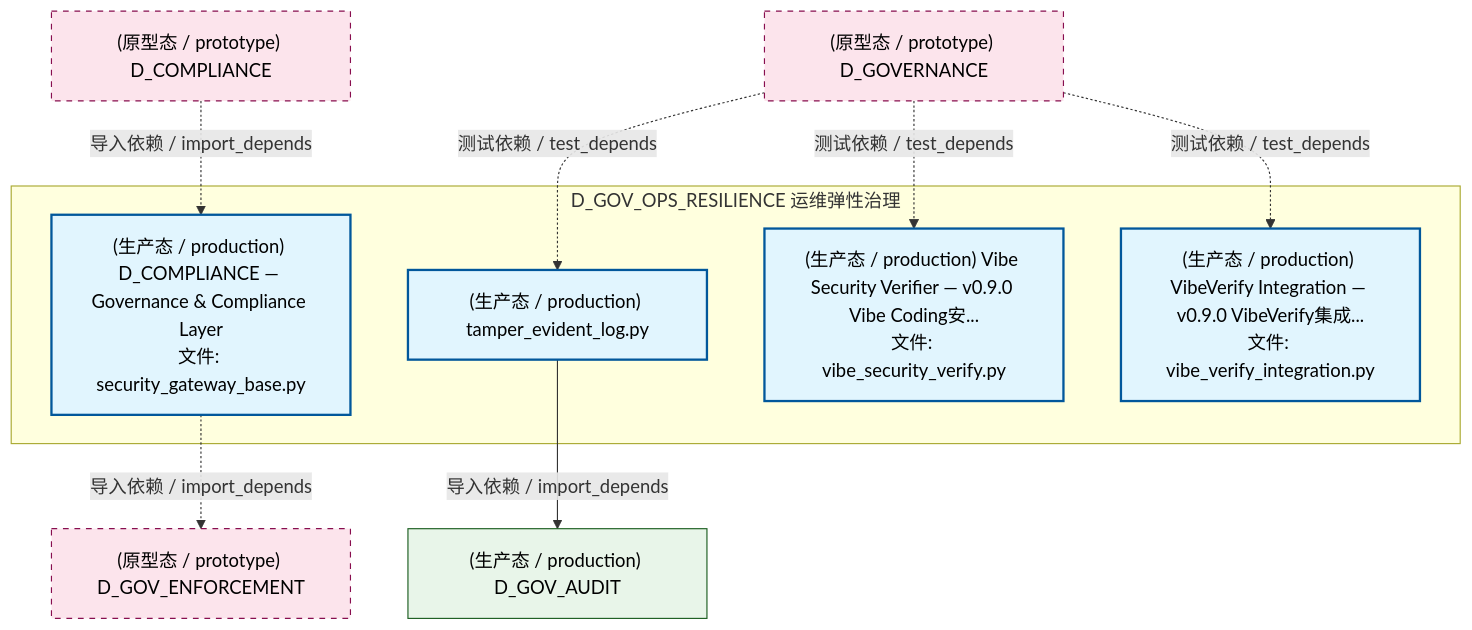
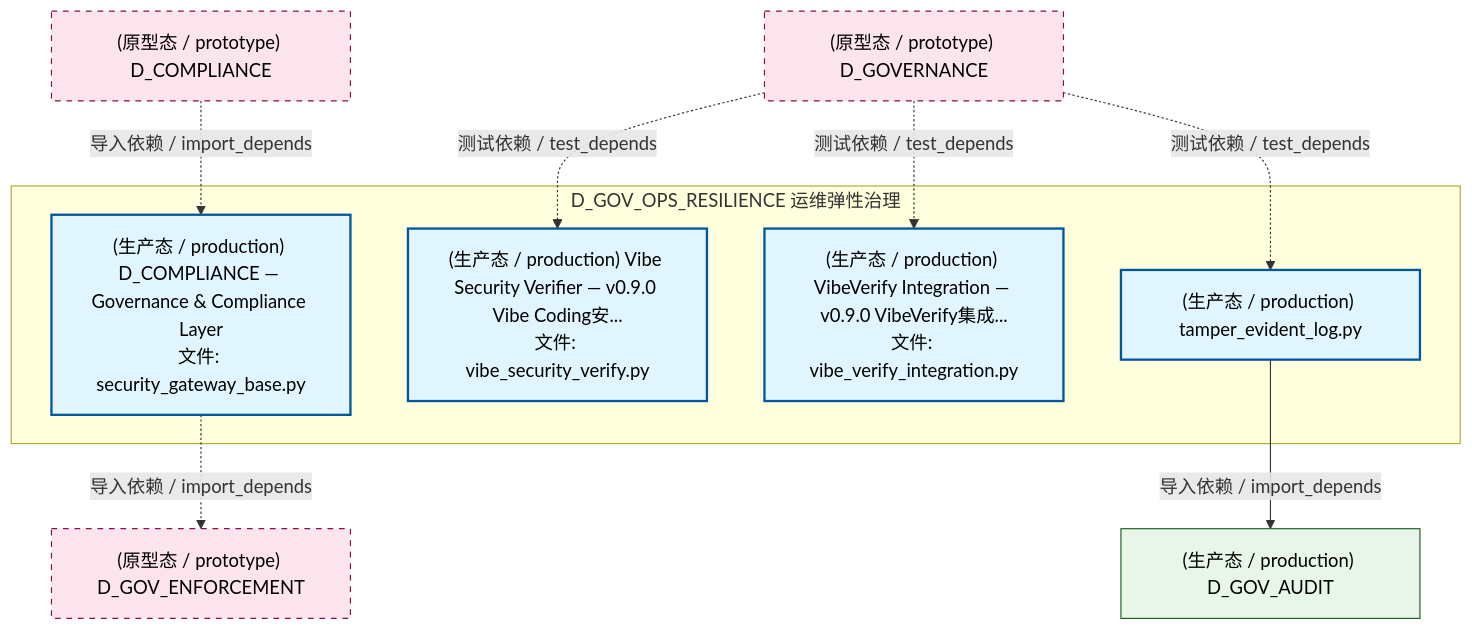
Before and after one commit to xuanFelixVan/ZephyrAlpha: the fourth of 7 diagrams in docs/02_enterprise_architecture/02_domain_architecture_docs/17_d_gov_ops_resilience.md, drawn with Mermaid. The commit also changed other lines of this file and 125 other files, not shown here.

````diff
--- a/docs/02_enterprise_architecture/02_domain_architecture_docs/17_d_gov_ops_resilience.md
+++ b/docs/02_enterprise_architecture/02_domain_architecture_docs/17_d_gov_ops_resilience.md
@@ -433,26 +434,26 @@
 ```mermaid
 graph TD
     subgraph D_GOV_OPS_RESILIENCE["D_GOV_OPS_RESILIENCE 运维弹性治理"]
         src_zephyr_governance_security_governance_security_gateway_base_py["(生产态 / production) D_COMPLIANCE — Governance & Compliance Layer<br/>文件: security_gateway_base.py"]
         src_zephyr_governance_security_governance_tamper_evident_log_py["(生产态 / production) tamper_evident_log.py"]
         src_zephyr_governance_security_governance_vibe_security_verify_py["(生产态 / production) Vibe Security Verifier — v0.9.0 Vibe Coding安...<br/>文件: vibe_security_verify.py"]
         src_zephyr_governance_security_governance_vibe_verify_integration_py["(生产态 / production) VibeVerify Integration — v0.9.0 VibeVerify集成...<br/>文件: vibe_verify_integration.py"]
     end
+    D_GOV_AUDIT["(生产态 / production) D_GOV_AUDIT"]
+    src_zephyr_governance_security_governance_tamper_evident_log_py -->|导入依赖 / import_depends| D_GOV_AUDIT
     D_GOV_ENFORCEMENT["(原型态 / prototype) D_GOV_ENFORCEMENT"]
     src_zephyr_governance_security_governance_security_gateway_base_py -.->|导入依赖 / import_depends| D_GOV_ENFORCEMENT
-    D_GOV_AUDIT["(生产态 / production) D_GOV_AUDIT"]
-    src_zephyr_governance_security_governance_tamper_evident_log_py -->|导入依赖 / import_depends| D_GOV_AUDIT
     D_GOVERNANCE["(原型态 / prototype) D_GOVERNANCE"]
-    D_GOVERNANCE -.->|测试依赖 / test_depends| src_zephyr_governance_security_governance_tamper_evident_log_py
     D_GOVERNANCE -.->|测试依赖 / test_depends| src_zephyr_governance_security_governance_vibe_security_verify_py
     D_GOVERNANCE -.->|测试依赖 / test_depends| src_zephyr_governance_security_governance_vibe_verify_integration_py
+    D_GOVERNANCE -.->|测试依赖 / test_depends| src_zephyr_governance_security_governance_tamper_evident_log_py
     D_COMPLIANCE["(原型态 / prototype) D_COMPLIANCE"]
     D_COMPLIANCE -.->|导入依赖 / import_depends| src_zephyr_governance_security_governance_security_gateway_base_py
     classDef production fill:#e1f5fe,stroke:#01579b,stroke-width:2px,color:#000
     classDef design fill:#fff3e0,stroke:#e65100,stroke-width:2px,color:#000,stroke-dasharray: 5 5
     classDef external_prod fill:#e8f5e9,stroke:#1b5e20,stroke-width:1px,color:#000
     classDef external_design fill:#fce4ec,stroke:#880e4f,stroke-width:1px,color:#000,stroke-dasharray: 5 5
     class src_zephyr_governance_security_governance_security_gateway_base_py,src_zephyr_governance_security_governance_tamper_evident_log_py,src_zephyr_governance_security_governance_vibe_security_verify_py,src_zephyr_governance_security_governance_vibe_verify_integration_py production
     class D_GOV_AUDIT external_prod
     class D_GOV_ENFORCEMENT,D_GOVERNANCE,D_COMPLIANCE external_design
 ```
````
